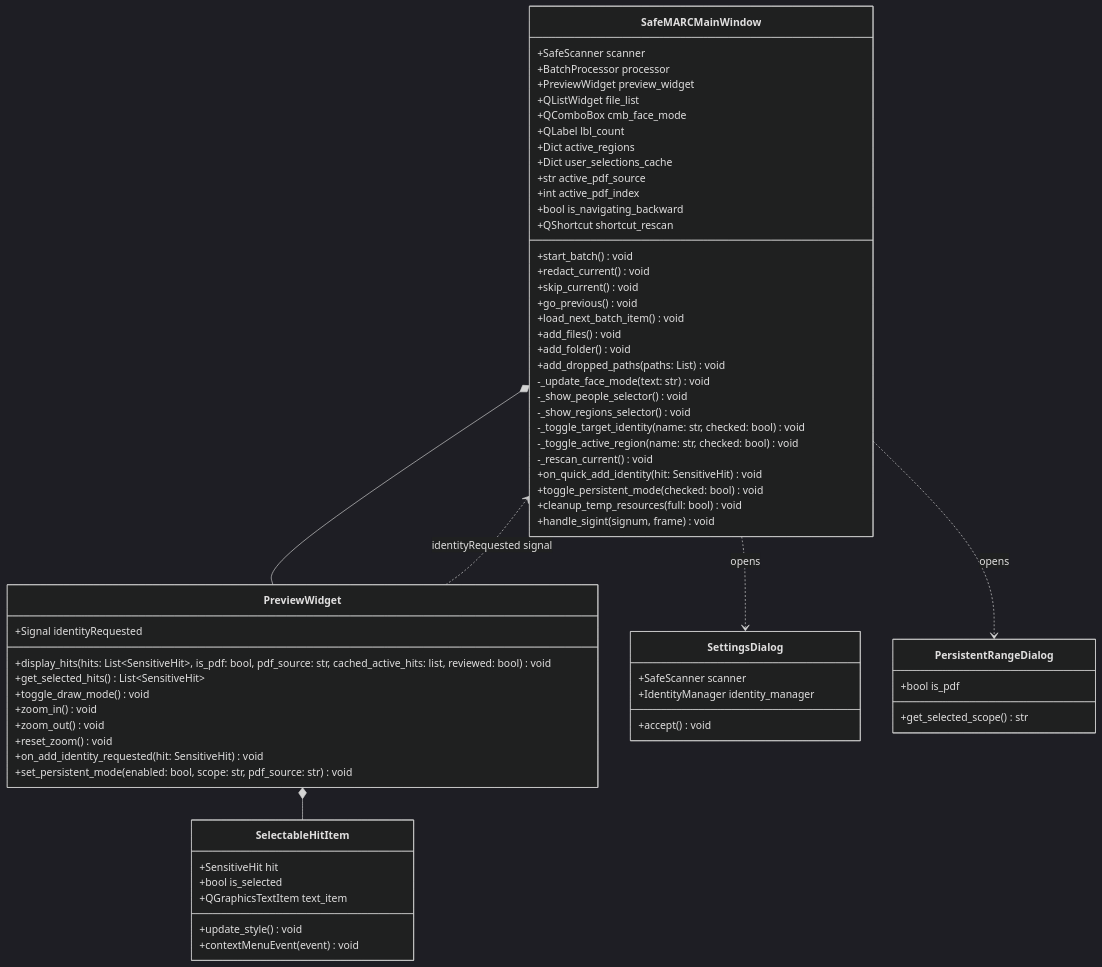
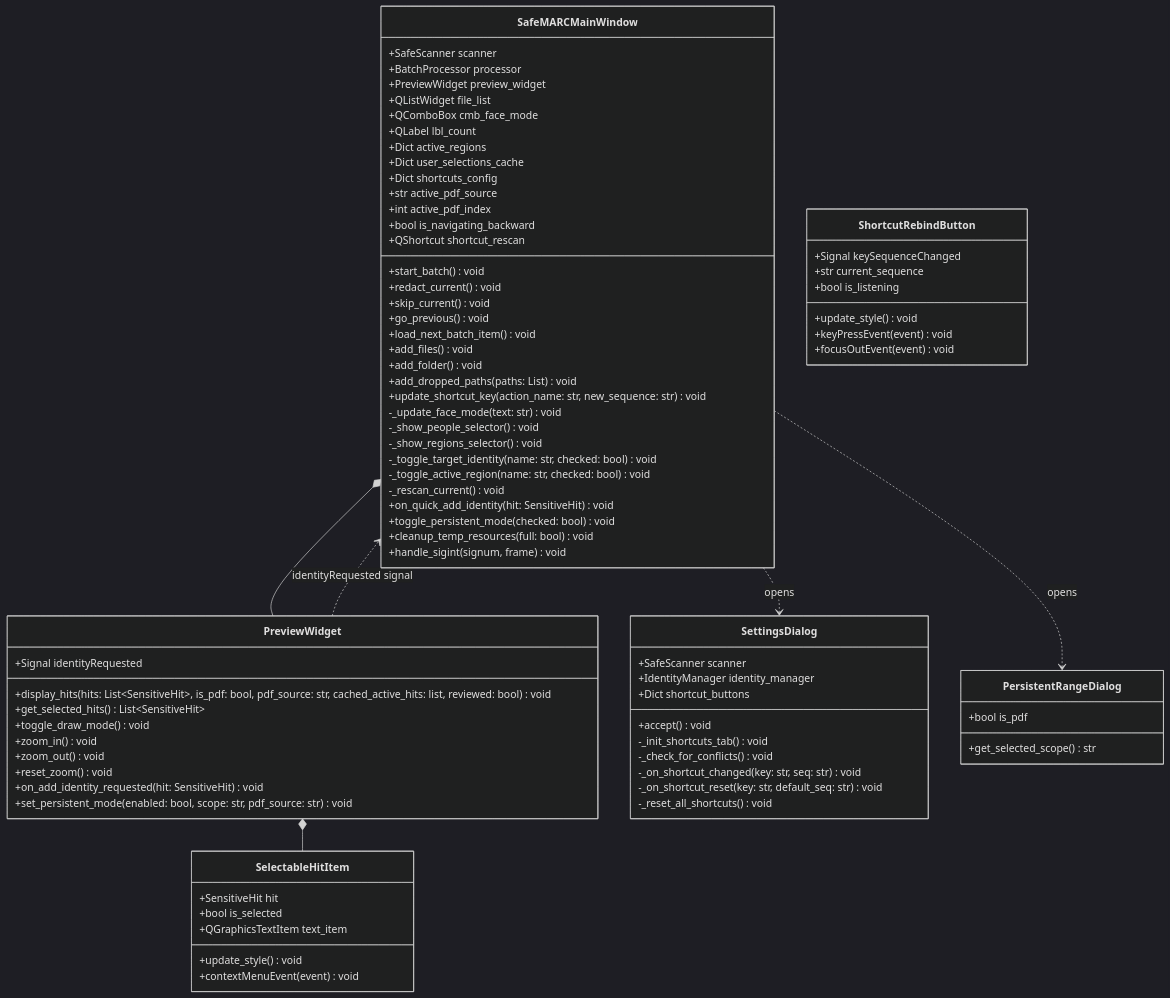
The third of 3 diagrams in docs/architecture/uml_classes.md (FurqanHun/SafeMARC), drawn with Mermaid (dark theme) before and after one commit.

Commit message:
docs: update UML architecture class diagram for shortcut rebinding

```diff
--- a/docs/architecture/uml_classes.md
+++ b/docs/architecture/uml_classes.md
@@ -139,6 +139,7 @@
         +QLabel lbl_count
         +Dict active_regions
         +Dict user_selections_cache
+        +Dict shortcuts_config
         +str active_pdf_source
         +int active_pdf_index
         +bool is_navigating_backward
@@ -151,6 +152,7 @@
         +add_files() void
         +add_folder() void
         +add_dropped_paths(paths: List) void
+        +update_shortcut_key(action_name: str, new_sequence: str) void
         -_update_face_mode(text: str) void
         -_show_people_selector() void
         -_show_regions_selector() void
@@ -186,7 +188,22 @@
     class SettingsDialog {
         +SafeScanner scanner
         +IdentityManager identity_manager
+        +Dict shortcut_buttons
         +accept() void
+        -_init_shortcuts_tab() void
+        -_check_for_conflicts() void
+        -_on_shortcut_changed(key: str, seq: str) void
+        -_on_shortcut_reset(key: str, default_seq: str) void
+        -_reset_all_shortcuts() void
+    }
+
+    class ShortcutRebindButton {
+        +Signal keySequenceChanged
+        +str current_sequence
+        +bool is_listening
+        +update_style() void
+        +keyPressEvent(event) void
+        +focusOutEvent(event) void
     }
 
     class PersistentRangeDialog {
```
